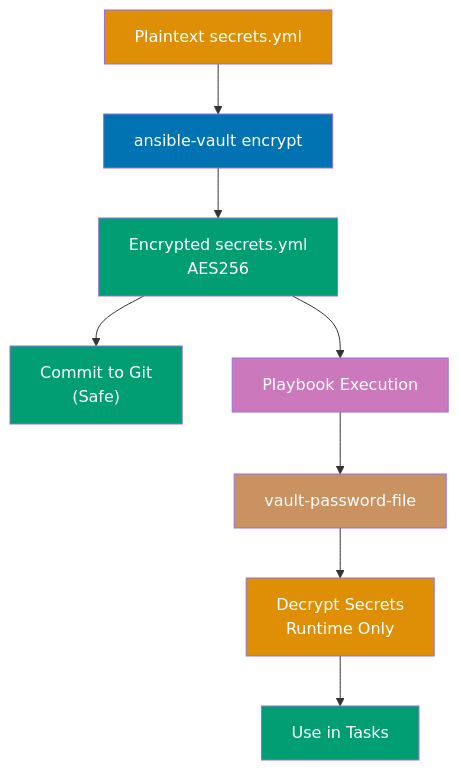
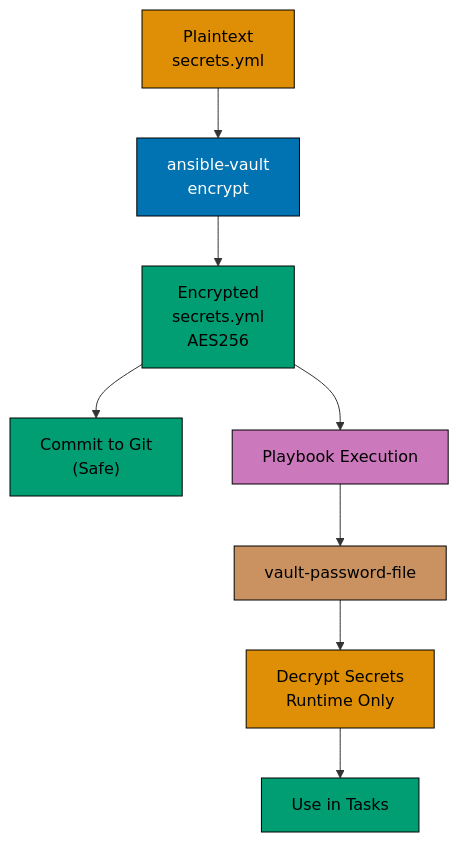
One commit to wahidyankf/ose-public changed the eighth of 11 diagrams in apps/ayokoding-www/content/en/learn/legacy/software-engineering/infrastructure/tools/ansible/by-example/intermediate.md. Above: the diagram before and after it, drawn with Mermaid. The commit also changed other lines of this file and 131 other files, not shown here.

First line of the commit message:
fix(mermaid): bring the legacy data, infrastructure, and testing diagrams onto the accessible palette

````diff
--- a/apps/ayokoding-www/content/en/learn/legacy/software-engineering/infrastructure/tools/ansible/by-example/intermediate.md
+++ b/apps/ayokoding-www/content/en/learn/legacy/software-engineering/infrastructure/tools/ansible/by-example/intermediate.md
@@ -2493,20 +2543,28 @@
 ```mermaid
 %% Color Palette: Blue #0173B2, Orange #DE8F05, Teal #029E73, Purple #CC78BC, Brown #CA9161
 graph TD
- A["Plaintext secrets.yml"] --> B["ansible-vault encrypt"]
- B --> C["Encrypted secrets.yml<br/>AES256"]
+ accTitle: Example 43: Vault Basics
+ accDescr: Graph with 8 nodes and 7 connections. Nodes: Plaintext secrets.yml, ansible-vault encrypt, Encrypted secrets.yml AES256, Commit to Git 40Safe41, Playbook Execution, vault-password-file, Decrypt Secrets Runtime Only, Use in Tasks. Connections: Plaintext secrets.yml to ansible-vault encrypt, ansible-vault encrypt to Encrypted secrets.yml AES256, Encrypted secrets.yml AES256 to Commit to Git 40Safe41, Encrypted secrets.yml AES256 to Playbook Execution, Playbook Execution to vault-password-file, vault-password-file to Decrypt Secrets Runtime Only, Decrypt Secrets Runtime Only to Use in Tasks.
+ A["Plaintext<br/>secrets.yml"] --> B["ansible-vault<br/>encrypt"]
+ B --> C["Encrypted<br/>secrets.yml<br/>AES256"]
  C --> D["Commit to Git<br/>#40;Safe#41;"]
  C --> E["Playbook Execution"]
  E --> F["vault-password-file"]
  F --> G["Decrypt Secrets<br/>Runtime Only"]
  G --> H["Use in Tasks"]
 
- style A fill:#DE8F05,color:#fff
- style B fill:#0173B2,color:#fff
- style C fill:#029E73,color:#fff
- style D fill:#029E73,color:#fff
- style E fill:#CC78BC,color:#fff
- style F fill:#CA9161,color:#fff
- style G fill:#DE8F05,color:#fff
- style H fill:#029E73,color:#fff
+ classDef pal-DE8F05 fill:#DE8F05,stroke:#000000,color:#000000
+ class A pal-DE8F05
+ classDef pal-0173B2 fill:#0173B2,stroke:#000000,color:#FFFFFF
+ class B pal-0173B2
+ classDef pal-029E73 fill:#029E73,stroke:#000000,color:#000000
+ class C pal-029E73
+ class D pal-029E73
+ classDef pal-CC78BC fill:#CC78BC,stroke:#000000,color:#000000
+ class E pal-CC78BC
+ classDef pal-CA9161 fill:#CA9161,stroke:#000000,color:#000000
+ class F pal-CA9161
+ class G pal-DE8F05
+ class H pal-029E73
+ classDef default fill:#FFFFFF,stroke:#000000,color:#000000
 ```
````
